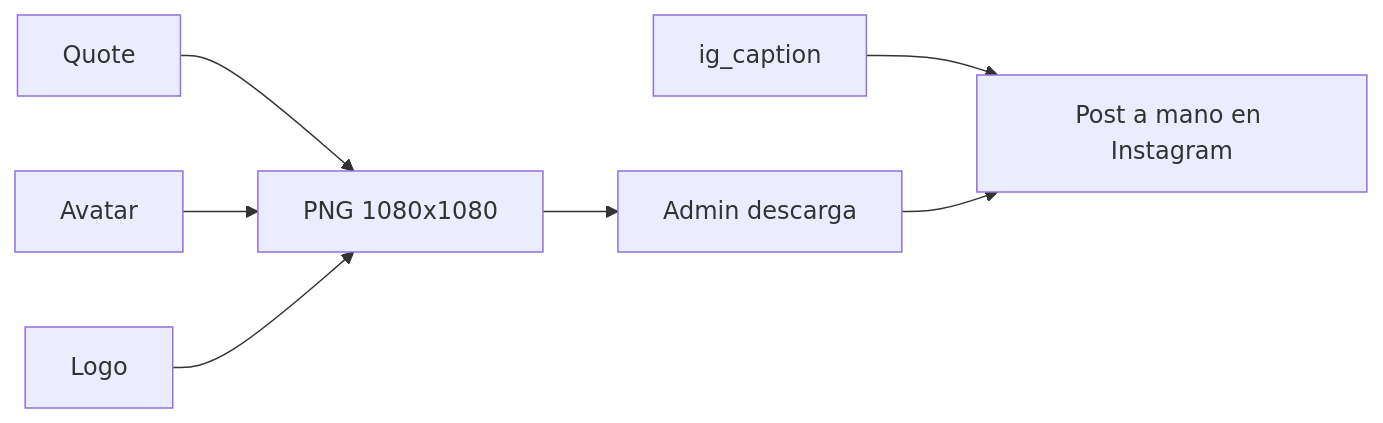
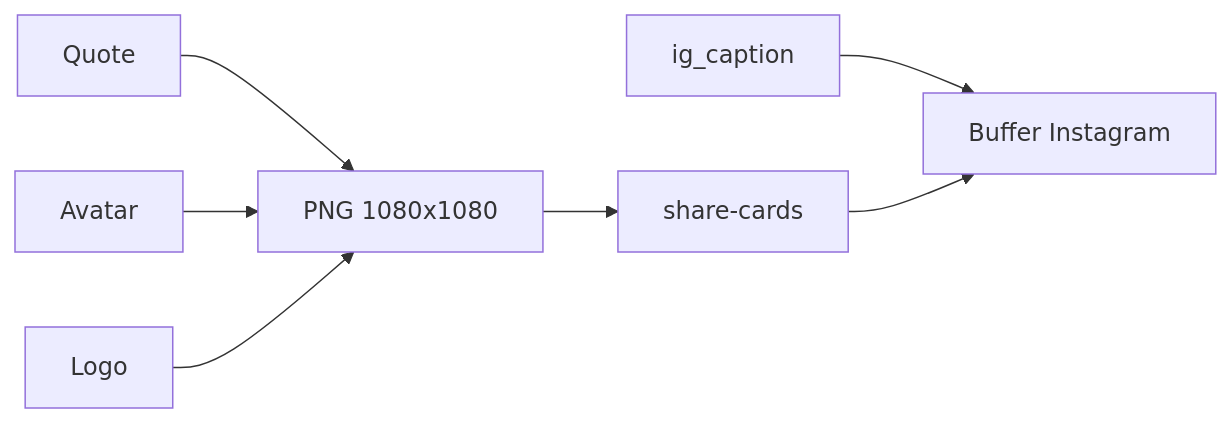
Before and after one commit to No-Country-simulation/fellowship-web-tt: the third of 3 diagrams in apps/testimonios/docs/app_testimonios_plan.md, drawn with Mermaid. The commit also changed other lines of this file and 8 other files, not shown here.

````diff
--- a/apps/testimonios/docs/app_testimonios_plan.md
+++ b/apps/testimonios/docs/app_testimonios_plan.md
@@ -175,9 +175,9 @@
 ```mermaid
 flowchart LR
   quote[Quote] --> card[PNG 1080x1080]
   avatar[Avatar] --> card
   logo[Logo] --> card
-  card --> download[Admin descarga]
-  caption[ig_caption] --> igApp[Post a mano en Instagram]
-  download --> igApp
+  card --> storage[share-cards]
+  caption[ig_caption] --> buffer[Buffer Instagram]
+  storage --> buffer
 ```
````
